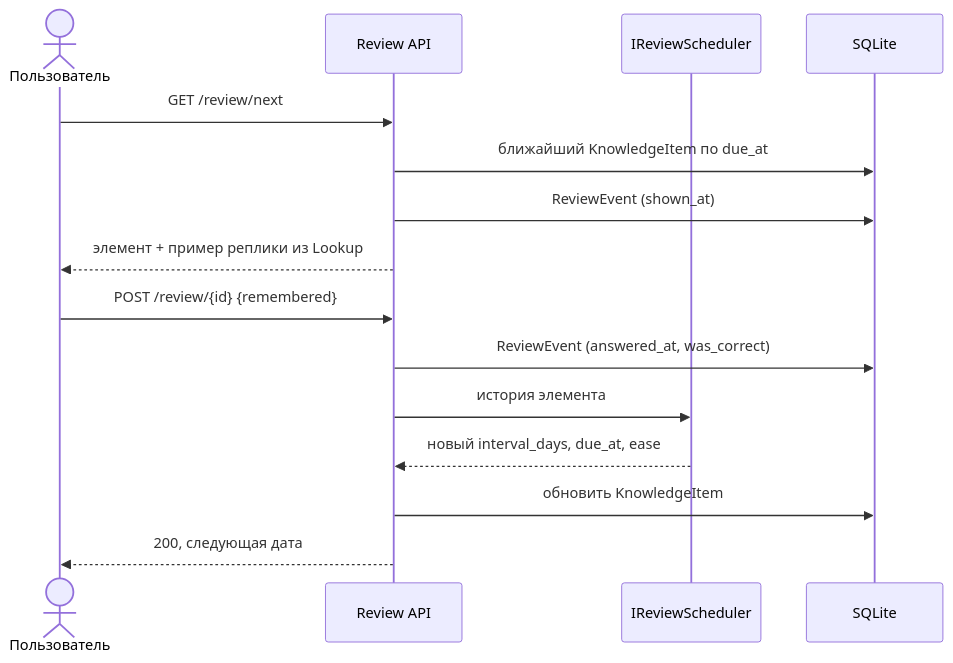
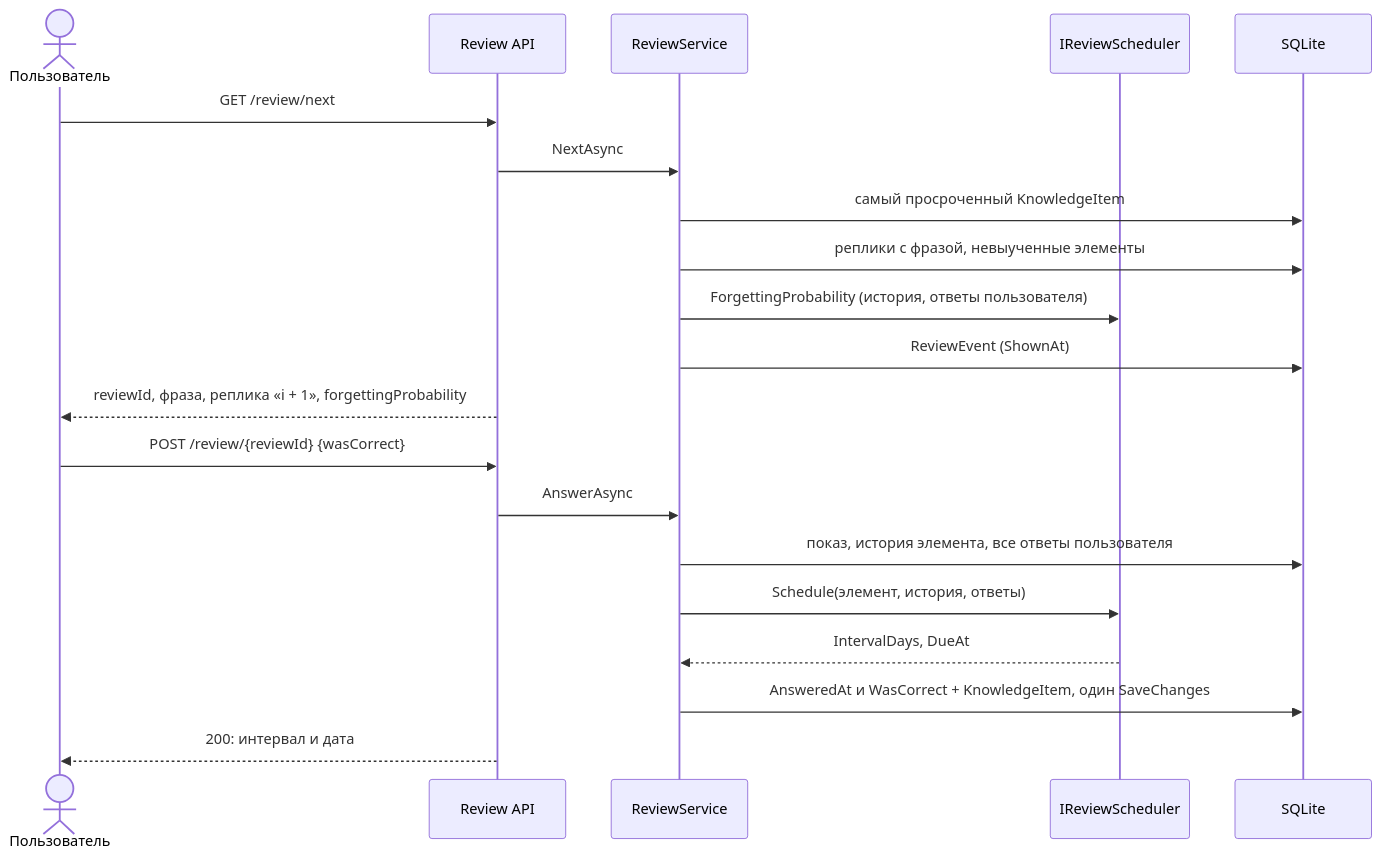
Before and after one commit to k0baboba/EasyLangApi: the sixth of 8 diagrams in docs/04-architecture.md, drawn with Mermaid. The commit also changed other lines of this file and 6 other files, not shown here.

````diff
--- a/docs/04-architecture.md
+++ b/docs/04-architecture.md
@@ -218,18 +294,23 @@
 ```mermaid
 sequenceDiagram
     actor U as Пользователь
     participant API as Review API
+    participant RV as ReviewService
     participant RS as IReviewScheduler
     participant DB as SQLite
 
     U->>API: GET /review/next
-    API->>DB: ближайший KnowledgeItem по due_at
-    API->>DB: ReviewEvent (shown_at)
-    API-->>U: элемент + пример реплики из Lookup
-    U->>API: POST /review/{id} {remembered}
-    API->>DB: ReviewEvent (answered_at, was_correct)
-    API->>RS: история элемента
-    RS-->>API: новый interval_days, due_at, ease
-    API->>DB: обновить KnowledgeItem
-    API-->>U: 200, следующая дата
+    API->>RV: NextAsync
+    RV->>DB: самый просроченный KnowledgeItem
+    RV->>DB: реплики с фразой, невыученные элементы
+    RV->>RS: ForgettingProbability (история, ответы пользователя)
+    RV->>DB: ReviewEvent (ShownAt)
+    API-->>U: reviewId, фраза, реплика «i + 1», forgettingProbability
+    U->>API: POST /review/{reviewId} {wasCorrect}
+    API->>RV: AnswerAsync
+    RV->>DB: показ, история элемента, все ответы пользователя
+    RV->>RS: Schedule(элемент, история, ответы)
+    RS-->>RV: IntervalDays, DueAt
+    RV->>DB: AnsweredAt и WasCorrect + KnowledgeItem, один SaveChanges
+    API-->>U: 200: интервал и дата
 ```
````
